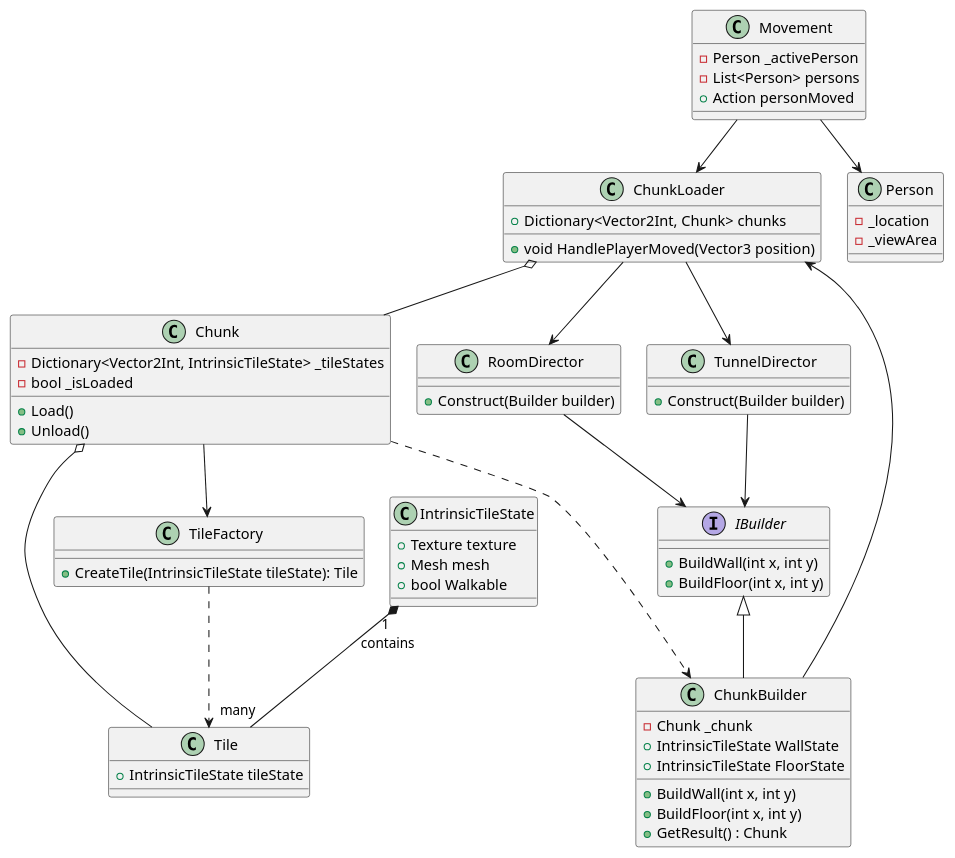
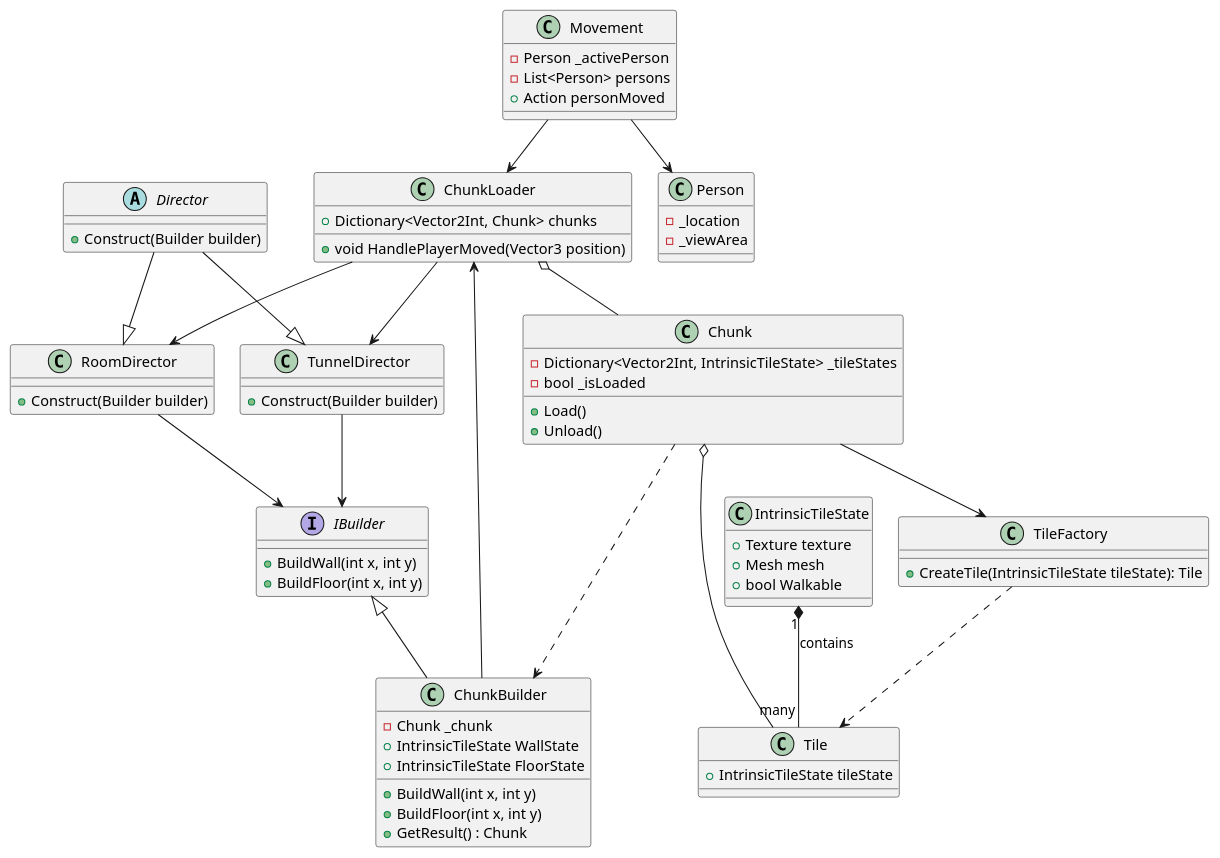
The diagram in Assets/Other/builder.puml (Raud0/Bungeon), drawn with PlantUML before and after one commit.

Commit message:
Update uml

```diff
--- a/Assets/Other/builder.puml
+++ b/Assets/Other/builder.puml
@@ -1,86 +1,92 @@
 @startuml
 
 'Customization
 skinparam nodesep 25
 skinparam ranksep 50
 
 
 'World Generation and Loading
 class ChunkLoader {
 + Dictionary<Vector2Int, Chunk> chunks
 + void HandlePlayerMoved(Vector3 position)
+}
+
+abstract Director {
++ Construct(Builder builder)
 }
 
 class RoomDirector {
 + Construct(Builder builder)
 }
 
 class TunnelDirector {
 + Construct(Builder builder)
 }
 
 
 interface IBuilder {
 + BuildWall(int x, int y)
 + BuildFloor(int x, int y)
 }
 
 class ChunkBuilder {
 - Chunk _chunk
 + IntrinsicTileState WallState
 + IntrinsicTileState FloorState
 + BuildWall(int x, int y)
 + BuildFloor(int x, int y)
 + GetResult() : Chunk
 }
 
 class Chunk {
 - Dictionary<Vector2Int, IntrinsicTileState> _tileStates
 - bool _isLoaded
 + Load()
 + Unload()
 }
 
 class Tile {
 + IntrinsicTileState tileState
 }
 
 class IntrinsicTileState {
 + Texture texture
 + Mesh mesh
 + bool Walkable
 }
 
 class TileFactory {
 + CreateTile(IntrinsicTileState tileState): Tile
 }
 
 'Player and Movement
 class Person {
 - _location
 - _viewArea
 }
 
 class Movement {
 - Person _activePerson
 - List<Person> persons
 + Action personMoved
 }
 
 'Lines
 Movement --> Person
 Movement --> ChunkLoader
 ChunkLoader --> RoomDirector
 ChunkLoader --> TunnelDirector
 TunnelDirector --> IBuilder
 RoomDirector --> IBuilder
+Director --|> RoomDirector
+Director --|> TunnelDirector
 IBuilder <|-- ChunkBuilder
 Chunk ..> ChunkBuilder
 ChunkLoader o-- Chunk
 Chunk --> TileFactory
 TileFactory ..> Tile
 Chunk o-- Tile
 IntrinsicTileState "1" *-- "many" Tile : contains
 ChunkBuilder --> ChunkLoader
 
 @enduml
```
